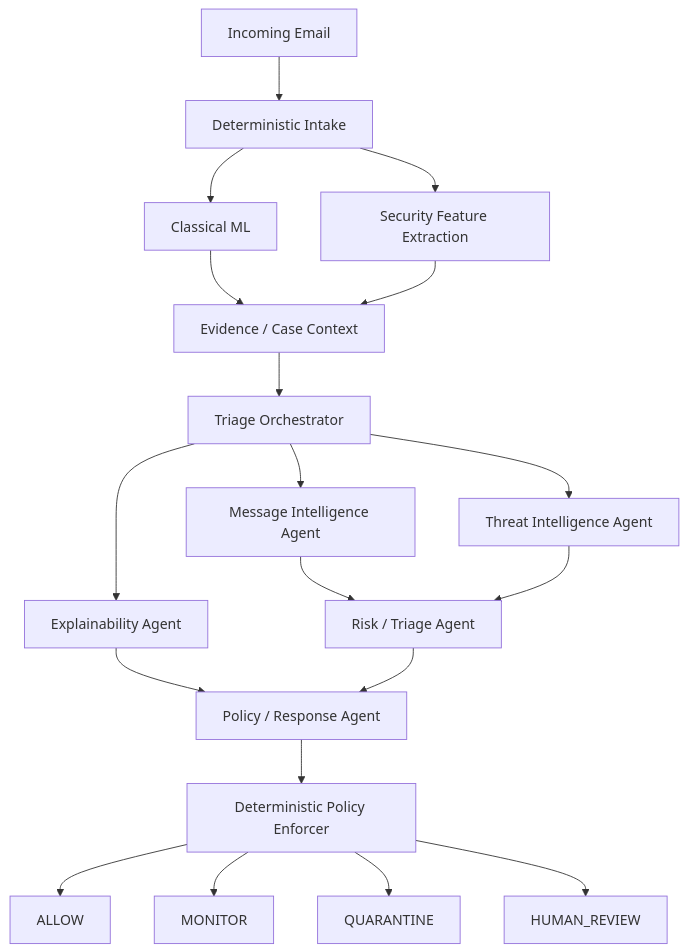
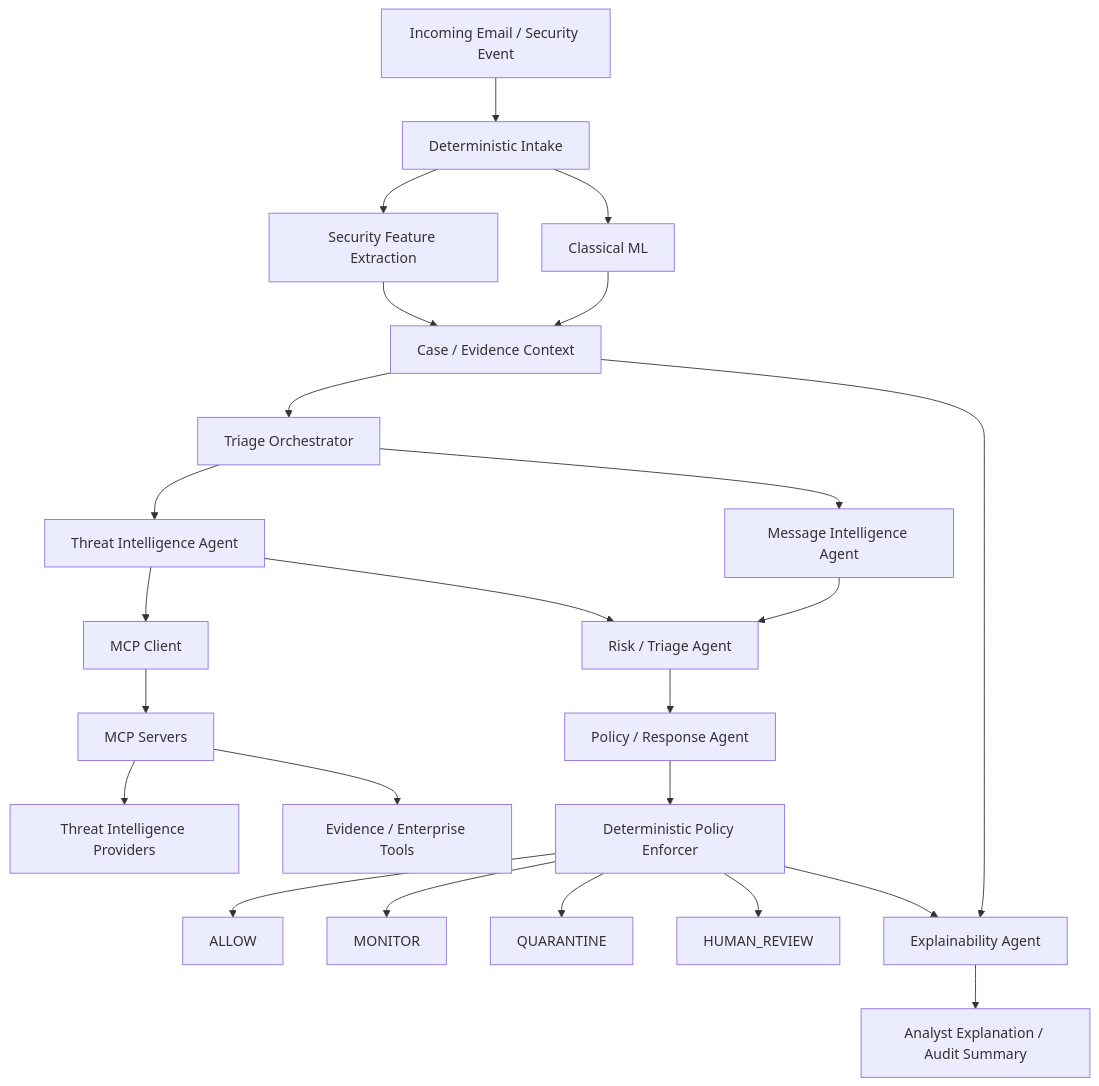
Before and after one commit to Manish927/agentic-threat-intelligence: the first of 15 diagrams in README.md, drawn with Mermaid. The commit also changed other lines of this file, not shown here.

Commit message:
docs: refine Agentic Threat Intelligence architecture and README

````diff
--- a/README.md
+++ b/README.md
@@ -28,25 +67,35 @@
 ```mermaid
 flowchart TD
-    A[Incoming Email] --> B[Deterministic Intake]
-    B --> B1[Classical ML]
-    B --> B2[Security Feature Extraction]
-    B1 --> C[Evidence / Case Context]
+    A["Incoming Email / Security Event"] --> B["Deterministic Intake"]
+
+    B --> B1["Classical ML"]
+    B --> B2["Security Feature Extraction"]
+
+    B1 --> C["Case / Evidence Context"]
     B2 --> C
-    C --> O[Triage Orchestrator]
 
-    O --> M[Message Intelligence Agent]
-    O --> T[Threat Intelligence Agent]
-    O --> X[Explainability Agent]
+    C --> O["Triage Orchestrator"]
 
-    M --> R[Risk / Triage Agent]
+    O --> M["Message Intelligence Agent"]
+    O --> T["Threat Intelligence Agent"]
+
+    T --> MC["MCP Client"]
+    MC --> MS["MCP Servers"]
+    MS --> TI["Threat Intelligence Providers"]
+    MS --> ES["Evidence / Enterprise Tools"]
+
+    M --> R["Risk / Triage Agent"]
     T --> R
-    X --> P[Policy / Response Agent]
-    R --> P
 
-    P --> E[Deterministic Policy Enforcer]
+    R --> P["Policy / Response Agent"]
+    P --> E["Deterministic Policy Enforcer"]
 
-    E --> A1[ALLOW]
-    E --> A2[MONITOR]
-    E --> A3[QUARANTINE]
-    E --> A4[HUMAN_REVIEW]
+    E --> D1["ALLOW"]
+    E --> D2["MONITOR"]
+    E --> D3["QUARANTINE"]
+    E --> D4["HUMAN_REVIEW"]
+
+    C --> X["Explainability Agent"]
+    E --> X
+    X --> EX["Analyst Explanation / Audit Summary"]
 ```
````
